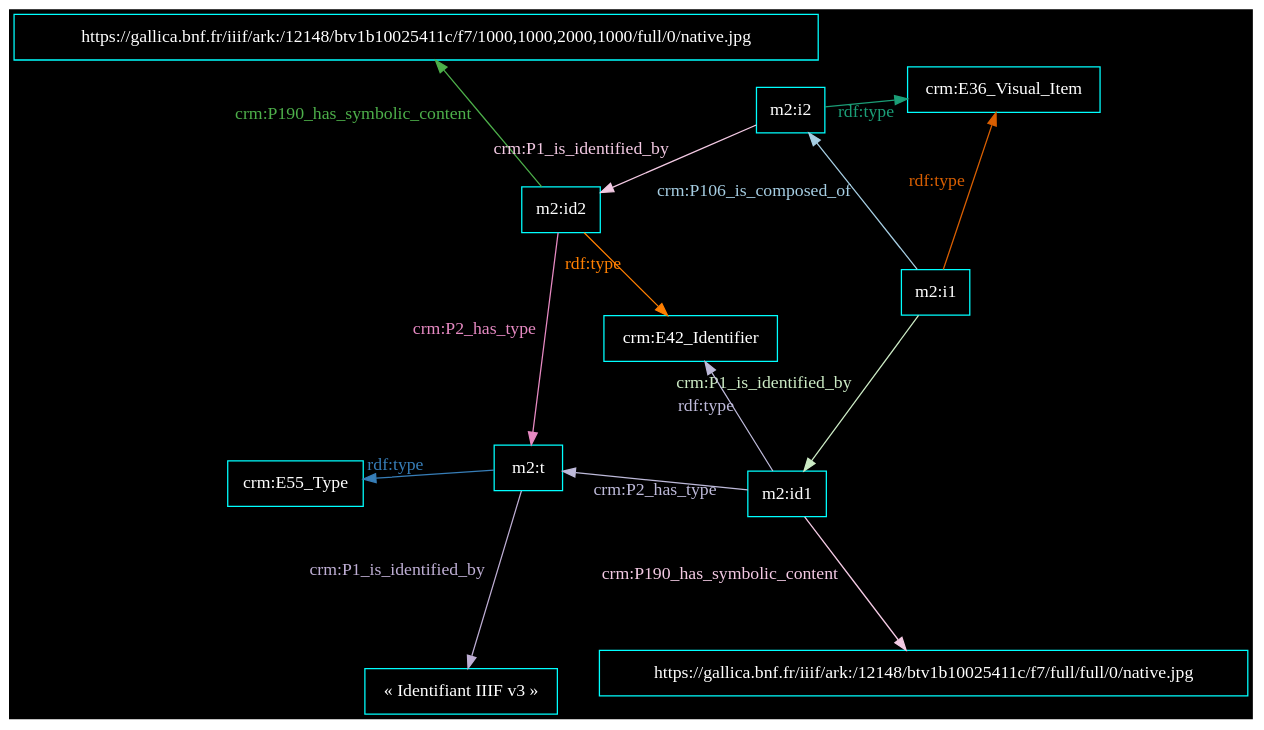
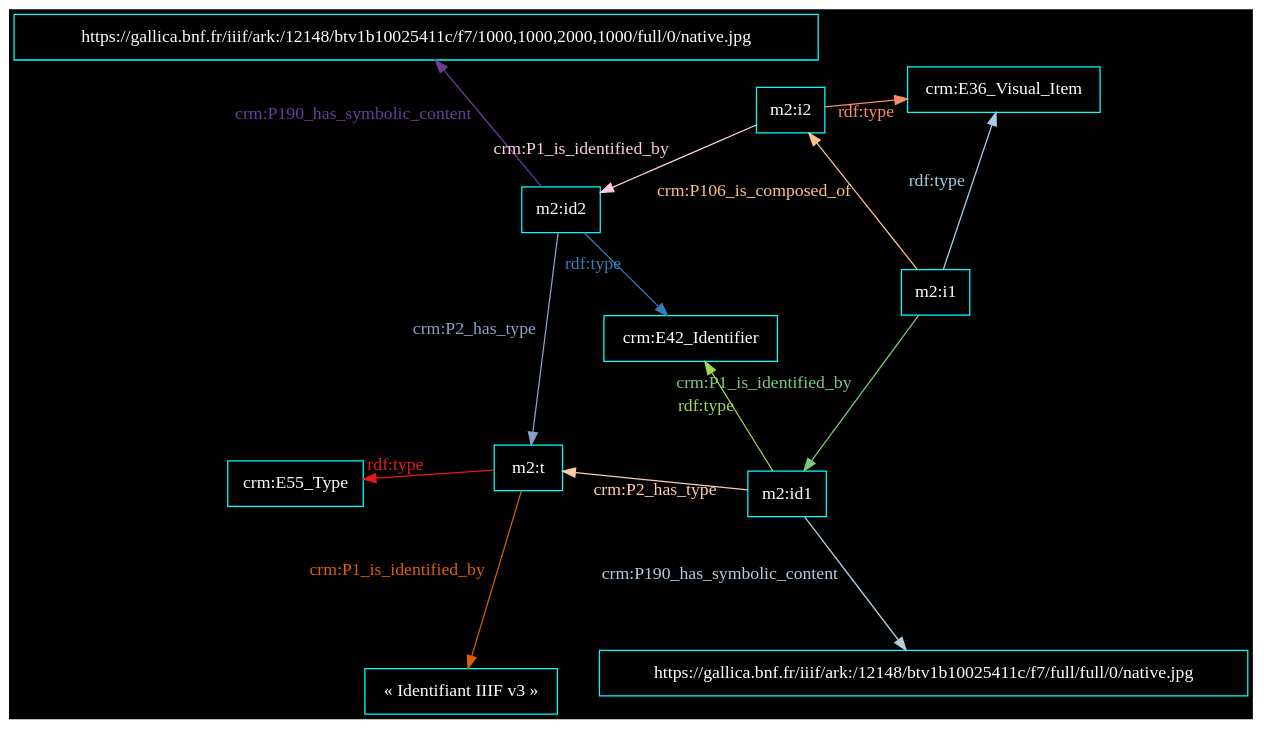
The diagram in out/2023.07.04_cm2-gt2/dotfile_c7806580-5e89-40cf-a19c-c5d231e92a5a.dot (Amleth/communications), drawn with Graphviz before and after one commit. The commit also changed 12 other files, not shown here.

```diff
--- a/out/2023.07.04_cm2-gt2/dotfile_c7806580-5e89-40cf-a19c-c5d231e92a5a.dot
+++ b/out/2023.07.04_cm2-gt2/dotfile_c7806580-5e89-40cf-a19c-c5d231e92a5a.dot
@@ -1,27 +1,27 @@
 digraph {
     graph [bgcolor=black]
     rankdir=LR
     node [color=white,fontcolor=white,fontname="FiraCode Nerd Font Mono Regular",shape=box]
     edge [color=white,fontcolor=white,fontname="FiraCode Nerd Font Mono Regular"]
     
 
     layout=neato
 overlap=scale
 splines=true
 sep=.1
 node [color=cyan,fontcolor=white]
 edge [color=cyan,fontcolor=white]
-"m2:i1" -> "crm:E36_Visual_Item" [label="rdf:type",color="#d95f02",fontcolor="#d95f02"]
-"m2:t" -> "crm:E55_Type" [label="rdf:type",color="#377eb8",fontcolor="#377eb8"]
-"m2:i1" -> "m2:id1" [label="crm:P1_is_identified_by",color="#ccebc5",fontcolor="#ccebc5"]
-"m2:id2" -> "m2:t" [label="crm:P2_has_type",color="#e78ac3",fontcolor="#e78ac3"]
-"m2:t" -> "« Identifiant IIIF v3 »" [label="crm:P1_is_identified_by",color="#beaed4",fontcolor="#beaed4"]
-"m2:id1" -> "https://gallica.bnf.fr/iiif/ark:/12148/btv1b10025411c/f7/full/full/0/native.jpg" [label="crm:P190_has_symbolic_content",color="#f4cae4",fontcolor="#f4cae4"]
-"m2:id2" -> "https://gallica.bnf.fr/iiif/ark:/12148/btv1b10025411c/f7/1000,1000,2000,1000/full/0/native.jpg" [label="crm:P190_has_symbolic_content",color="#4daf4a",fontcolor="#4daf4a"]
-"m2:i2" -> "crm:E36_Visual_Item" [label="rdf:type",color="#1b9e77",fontcolor="#1b9e77"]
-"m2:id1" -> "m2:t" [label="crm:P2_has_type",color="#bebada",fontcolor="#bebada"]
-"m2:i1" -> "m2:i2" [label="crm:P106_is_composed_of",color="#a6cee3",fontcolor="#a6cee3"]
-"m2:i2" -> "m2:id2" [label="crm:P1_is_identified_by",color="#f4cae4",fontcolor="#f4cae4"]
-"m2:id1" -> "crm:E42_Identifier" [label="rdf:type",color="#bebada",fontcolor="#bebada"]
-"m2:id2" -> "crm:E42_Identifier" [label="rdf:type",color="#ff7f00",fontcolor="#ff7f00"]
+"m2:i1" -> "crm:E36_Visual_Item" [label="rdf:type",color="#a6cee3",fontcolor="#a6cee3"]
+"m2:t" -> "crm:E55_Type" [label="rdf:type",color="#e41a1c",fontcolor="#e41a1c"]
+"m2:i1" -> "m2:id1" [label="crm:P1_is_identified_by",color="#7fc97f",fontcolor="#7fc97f"]
+"m2:id2" -> "m2:t" [label="crm:P2_has_type",color="#8da0cb",fontcolor="#8da0cb"]
+"m2:t" -> "« Identifiant IIIF v3 »" [label="crm:P1_is_identified_by",color="#d95f02",fontcolor="#d95f02"]
+"m2:id1" -> "https://gallica.bnf.fr/iiif/ark:/12148/btv1b10025411c/f7/full/full/0/native.jpg" [label="crm:P190_has_symbolic_content",color="#b3cde3",fontcolor="#b3cde3"]
+"m2:id2" -> "https://gallica.bnf.fr/iiif/ark:/12148/btv1b10025411c/f7/1000,1000,2000,1000/full/0/native.jpg" [label="crm:P190_has_symbolic_content",color="#6a3d9a",fontcolor="#6a3d9a"]
+"m2:i2" -> "crm:E36_Visual_Item" [label="rdf:type",color="#fc8d62",fontcolor="#fc8d62"]
+"m2:id1" -> "m2:t" [label="crm:P2_has_type",color="#fdcdac",fontcolor="#fdcdac"]
+"m2:i1" -> "m2:i2" [label="crm:P106_is_composed_of",color="#fdc086",fontcolor="#fdc086"]
+"m2:i2" -> "m2:id2" [label="crm:P1_is_identified_by",color="#fccde5",fontcolor="#fccde5"]
+"m2:id1" -> "crm:E42_Identifier" [label="rdf:type",color="#a6d854",fontcolor="#a6d854"]
+"m2:id2" -> "crm:E42_Identifier" [label="rdf:type",color="#377eb8",fontcolor="#377eb8"]
 }
```
